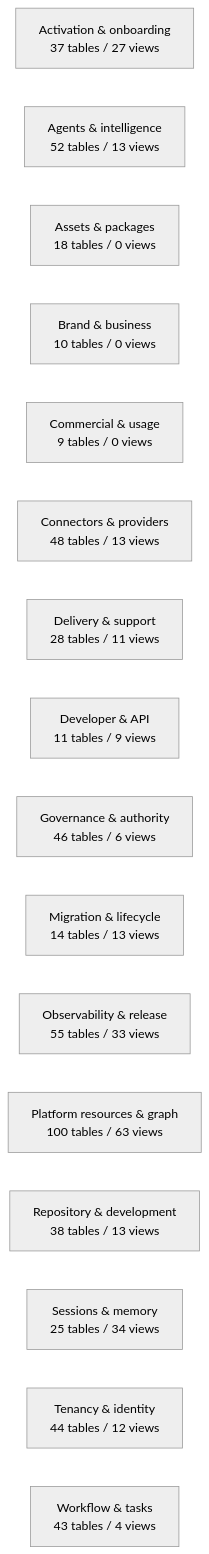
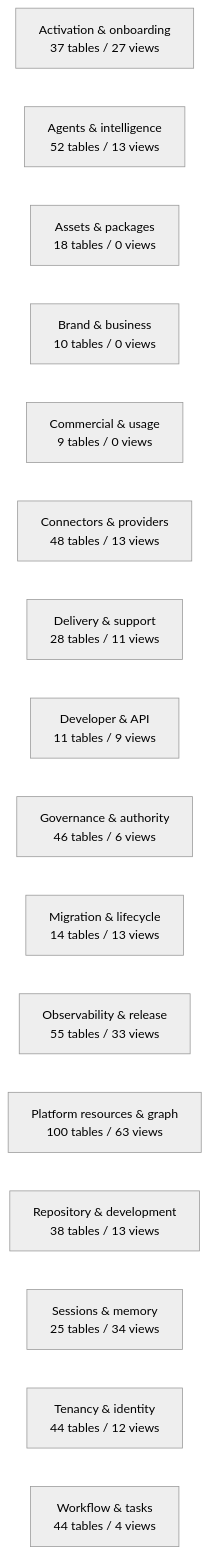
The diagram in docs/work-maps/data-model-domain-map.md (mad4bdigital-ai/multi-business-multi-role-growth-intelligence-os), drawn with Mermaid (neutral theme) before and after one commit. The commit also changed other lines of this file, not shown here.

````diff
--- a/docs/work-maps/data-model-domain-map.md
+++ b/docs/work-maps/data-model-domain-map.md
@@ -9,19 +9,19 @@
 ```mermaid
 flowchart LR
   n_Activation___onboarding["Activation & onboarding<br/>37 tables / 27 views"]
   n_Agents___intelligence["Agents & intelligence<br/>52 tables / 13 views"]
   n_Assets___packages["Assets & packages<br/>18 tables / 0 views"]
   n_Brand___business["Brand & business<br/>10 tables / 0 views"]
   n_Commercial___usage["Commercial & usage<br/>9 tables / 0 views"]
   n_Connectors___providers["Connectors & providers<br/>48 tables / 13 views"]
   n_Delivery___support["Delivery & support<br/>28 tables / 11 views"]
   n_Developer___API["Developer & API<br/>11 tables / 9 views"]
   n_Governance___authority["Governance & authority<br/>46 tables / 6 views"]
   n_Migration___lifecycle["Migration & lifecycle<br/>14 tables / 13 views"]
   n_Observability___release["Observability & release<br/>55 tables / 33 views"]
   n_Platform_resources___graph["Platform resources & graph<br/>100 tables / 63 views"]
   n_Repository___development["Repository & development<br/>38 tables / 13 views"]
   n_Sessions___memory["Sessions & memory<br/>25 tables / 34 views"]
   n_Tenancy___identity["Tenancy & identity<br/>44 tables / 12 views"]
-  n_Workflow___tasks["Workflow & tasks<br/>43 tables / 4 views"]
+  n_Workflow___tasks["Workflow & tasks<br/>44 tables / 4 views"]
 ```
````
